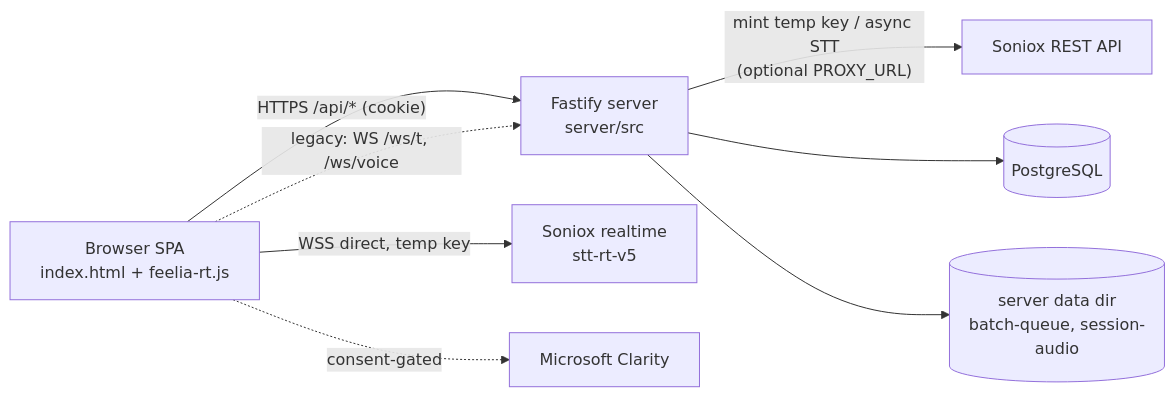
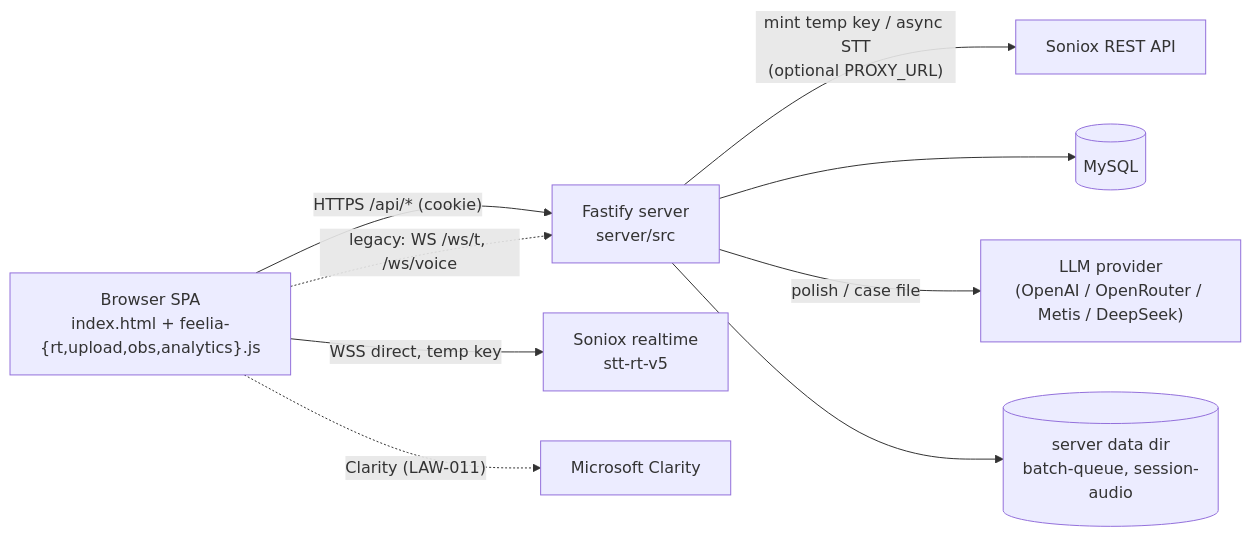
The diagram in PROJECT_MASTER_REFERENCE.md (smohebzadeh86-hub/feeliaa), drawn with Mermaid before and after one commit. The commit also changed other lines of this file and 63 other files, not shown here.

````diff
--- a/PROJECT_MASTER_REFERENCE.md
+++ b/PROJECT_MASTER_REFERENCE.md
@@ -48,10 +52,11 @@
 ```mermaid
 flowchart LR
-  B["Browser SPA<br/>index.html + feelia-rt.js"] -- "HTTPS /api/* (cookie)" --> S["Fastify server<br/>server/src"]
+  B["Browser SPA<br/>index.html + feelia-{rt,upload,obs,analytics}.js"] -- "HTTPS /api/* (cookie)" --> S["Fastify server<br/>server/src"]
   B -- "WSS direct, temp key" --> SX["Soniox realtime<br/>stt-rt-v5"]
   S -- "mint temp key / async STT<br/>(optional PROXY_URL)" --> SXA["Soniox REST API"]
-  S --> PG[("PostgreSQL")]
+  S --> PG[("MySQL")]
+  S -- "polish / case file" --> LLM["LLM provider<br/>(OpenAI / OpenRouter / Metis / DeepSeek)"]
   S --> FS[("server data dir<br/>batch-queue, session-audio")]
   B -. "legacy: WS /ws/t, /ws/voice" .-> S
-  B -. "consent-gated" .-> C["Microsoft Clarity"]
+  B -. "Clarity (LAW-011)" .-> C["Microsoft Clarity"]
 ```
````
